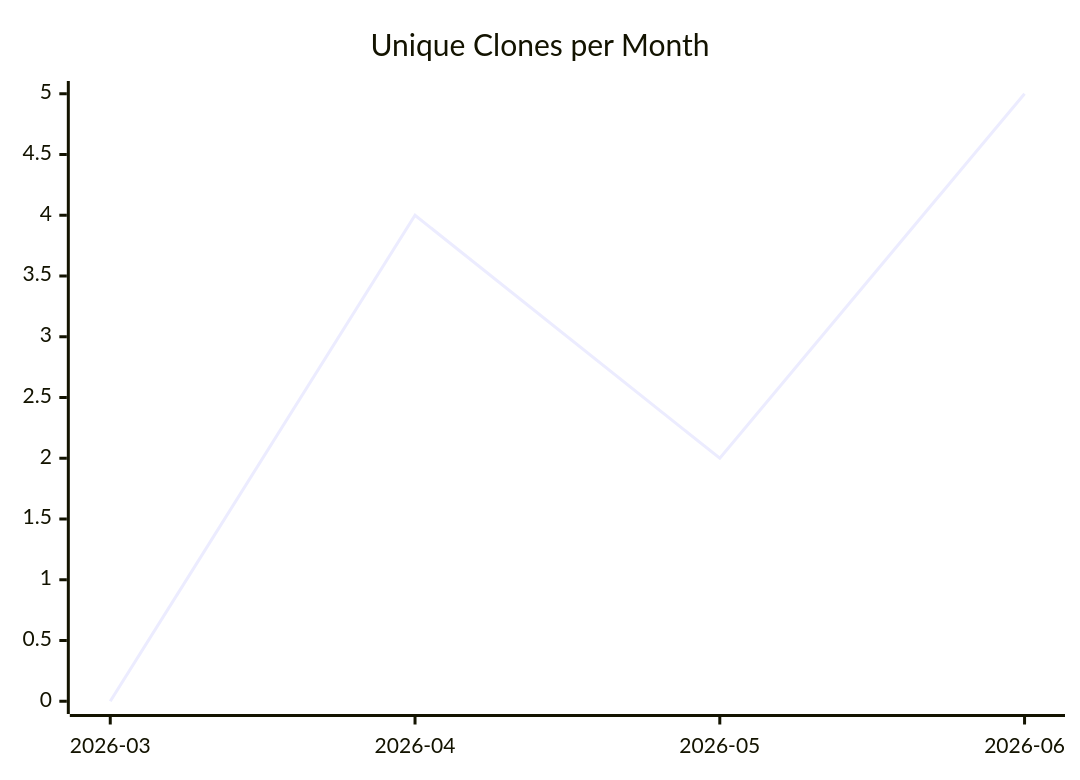
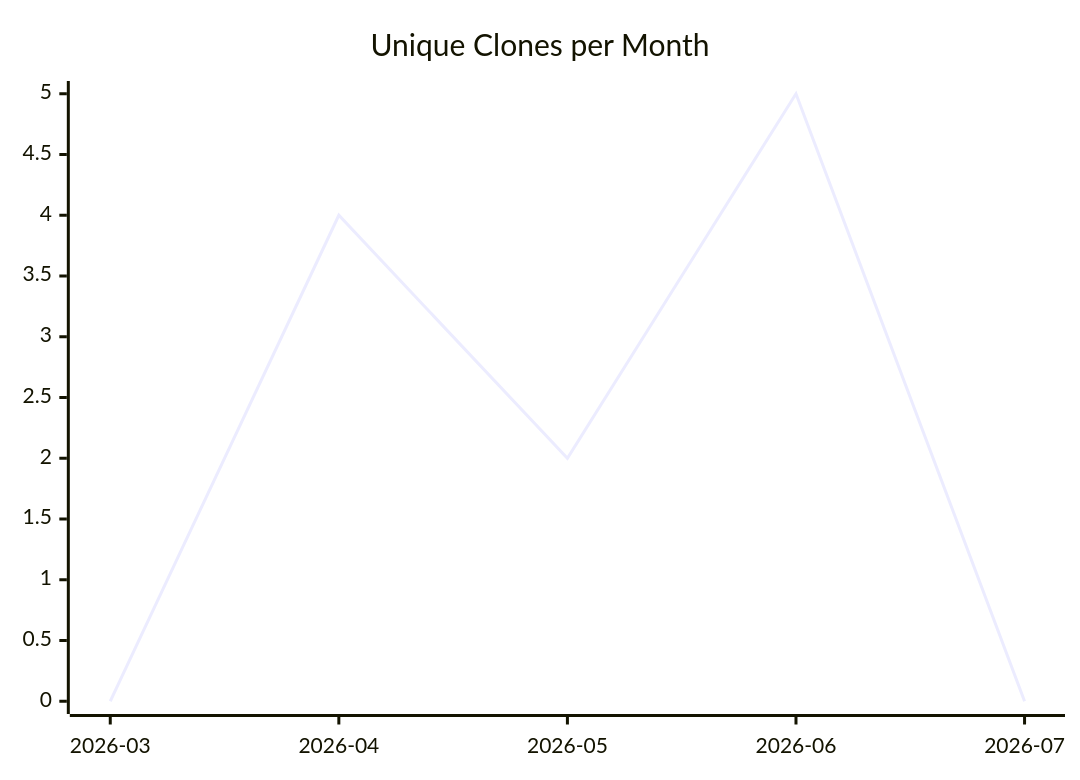
The third of 3 diagrams in karlmdavis/todoist-ai/README.md (justdavis-family/github-analytics-data), drawn with Mermaid before and after one commit. The commit also changed other lines of this file and 199 other files, not shown here.

````diff
--- a/karlmdavis/todoist-ai/README.md
+++ b/karlmdavis/todoist-ai/README.md
@@ -19,6 +19,6 @@
 ```mermaid
 xychart-beta
   title "Unique Clones per Month"
-  x-axis ["2026-03", "2026-04", "2026-05", "2026-06"]
-  line [0, 4, 2, 5]
+  x-axis ["2026-03", "2026-04", "2026-05", "2026-06", "2026-07"]
+  line [0, 4, 2, 5, 0]
 ```
````
